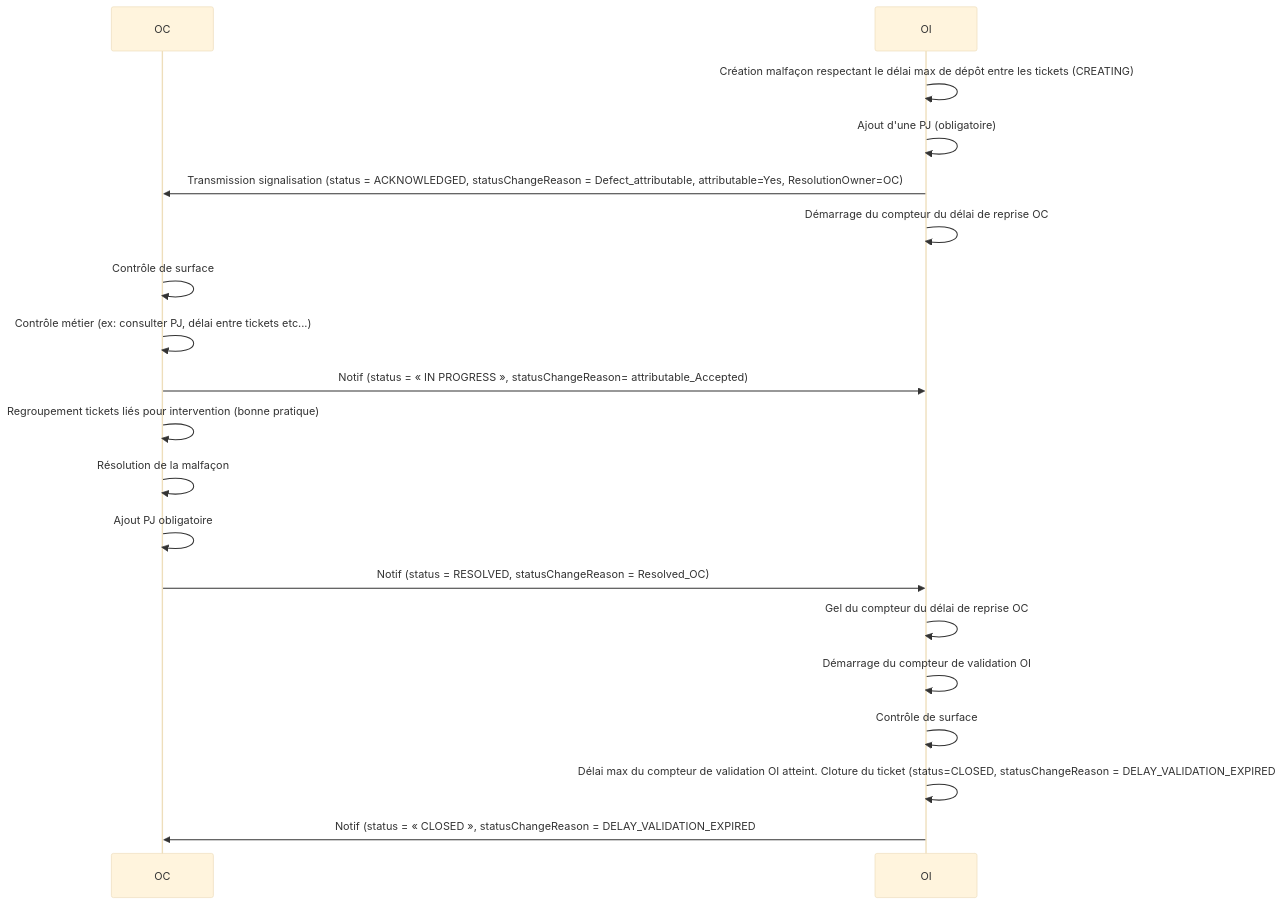
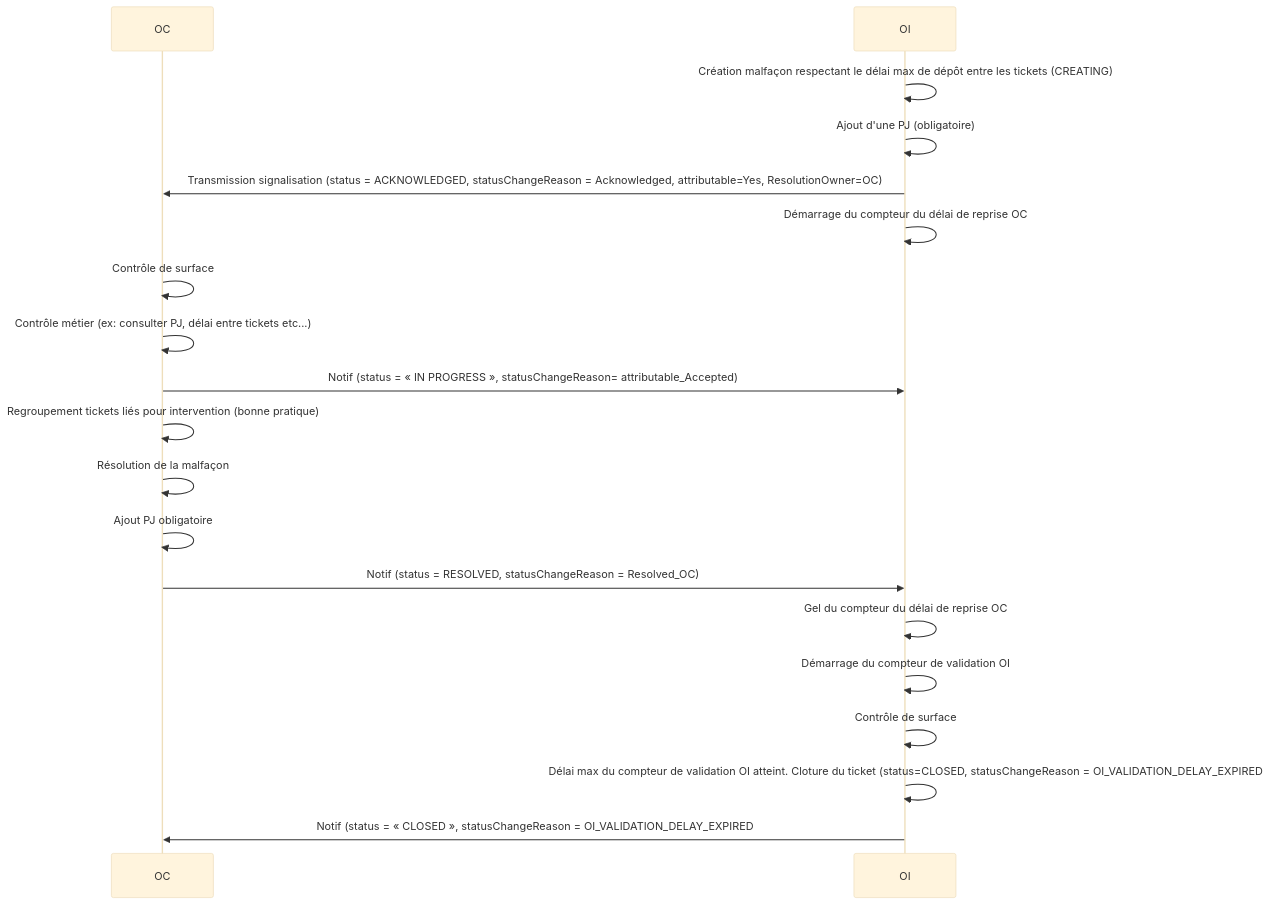
One commit to before-interop/malfacon changed the second of 12 diagrams in README.md. Above: the diagram before and after it, drawn with Mermaid (base theme). The commit also changed other lines of this file, not shown here.

````diff
--- a/README.md
+++ b/README.md
@@ -355,23 +355,23 @@
 ```mermaid
 sequenceDiagram
 
   participant OC
   participant OI
 
   OI->>OI: Création malfaçon respectant le délai max de dépôt entre les tickets (CREATING)
   OI->>OI: Ajout d'une PJ (obligatoire)
-  OI->>OC: Transmission signalisation (status = ACKNOWLEDGED, statusChangeReason = Defect_attributable, attributable=Yes, ResolutionOwner=OC)
+  OI->>OC: Transmission signalisation (status = ACKNOWLEDGED, statusChangeReason = Acknowledged, attributable=Yes, ResolutionOwner=OC)
   OI->>OI: Démarrage du compteur du délai de reprise OC
   OC->>OC: Contrôle de surface
   OC->>OC: Contrôle métier (ex: consulter PJ, délai entre tickets etc...)
   OC->>OI: Notif (status = « IN PROGRESS », statusChangeReason= attributable_Accepted)
   OC->>OC: Regroupement tickets liés pour intervention (bonne pratique)
   OC->>OC: Résolution de la malfaçon
   OC->>OC: Ajout PJ obligatoire
   OC->>OI: Notif (status = RESOLVED, statusChangeReason = Resolved_OC)
   OI->>OI: Gel du compteur du délai de reprise OC
   OI->>OI: Démarrage du compteur de validation OI
   OI->>OI: Contrôle de surface
-  OI->>OI: Délai max du compteur de validation OI atteint. Cloture du ticket  (status=CLOSED, statusChangeReason = DELAY_VALIDATION_EXPIRED
-  OI->>OC: Notif (status = « CLOSED », statusChangeReason = DELAY_VALIDATION_EXPIRED
+  OI->>OI: Délai max du compteur de validation OI atteint. Cloture du ticket  (status=CLOSED, statusChangeReason = OI_VALIDATION_DELAY_EXPIRED
+  OI->>OC: Notif (status = « CLOSED », statusChangeReason = OI_VALIDATION_DELAY_EXPIRED
 ```
````
